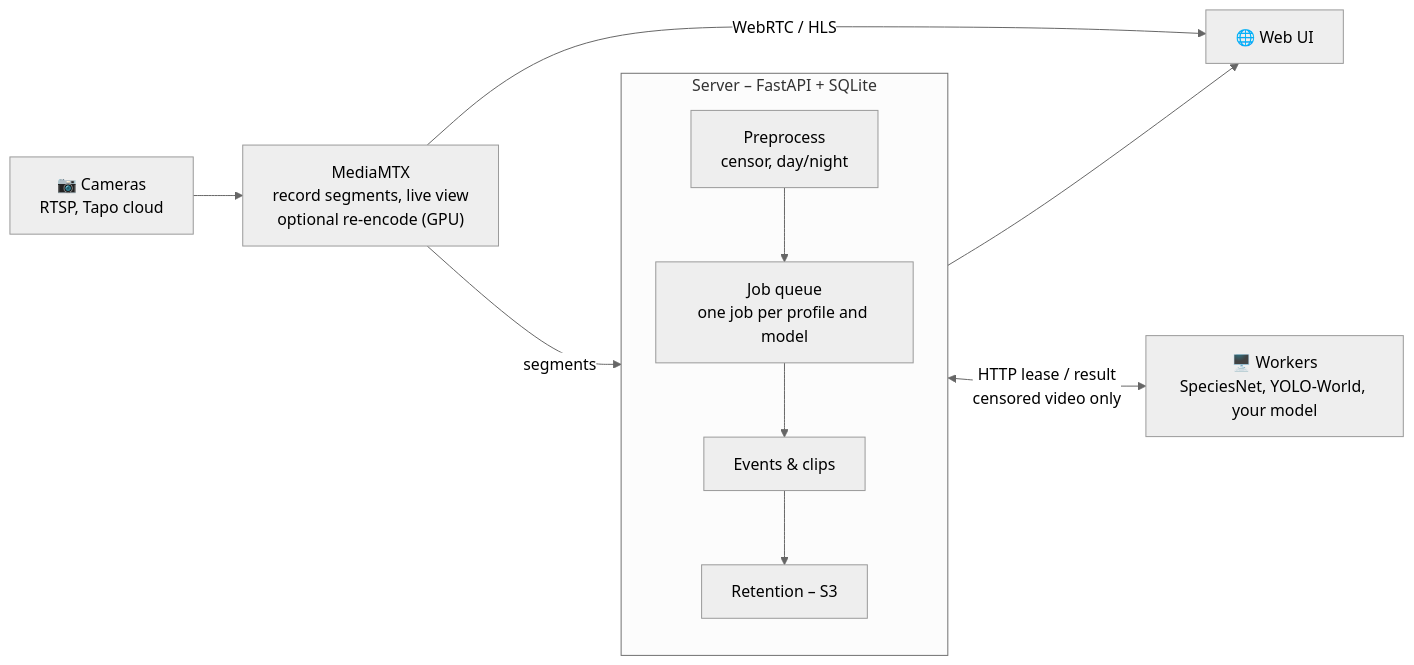
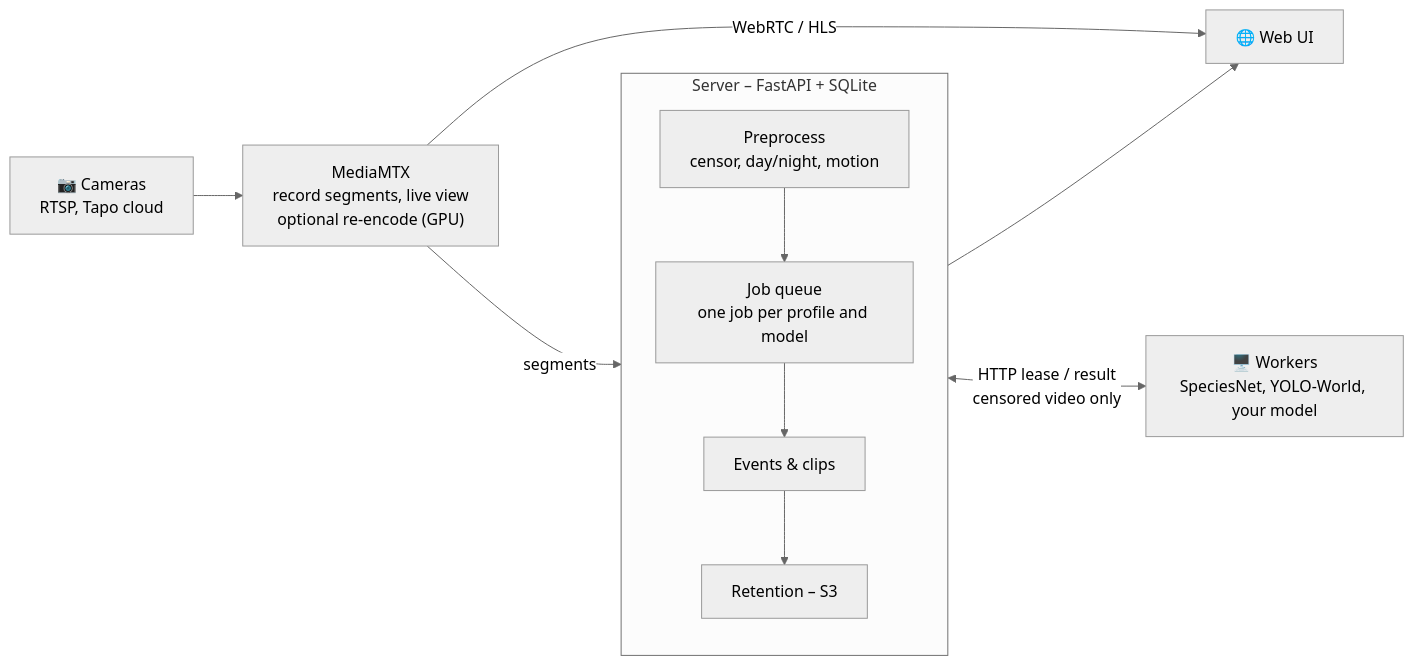
Before and after one commit to nikteg/foxcam: the diagram in README.md, drawn with Mermaid (neutral theme). The commit also changed other lines of this file and 18 other files, not shown here.

````diff
--- a/README.md
+++ b/README.md
@@ -133,13 +134,13 @@
 ```mermaid
 flowchart LR
   cams["📷 Cameras<br/>RTSP, Tapo cloud"] --> mtx["MediaMTX<br/>record segments, live view<br/>optional re-encode (GPU)"]
   mtx -->|segments| pre
   subgraph server ["Server – FastAPI + SQLite"]
     direction TB
-    pre["Preprocess<br/>censor, day/night"] --> q["Job queue<br/>one job per profile and model"]
+    pre["Preprocess<br/>censor, day/night, motion"] --> q["Job queue<br/>one job per profile and model"]
     q --> ev["Events & clips"] --> ret["Retention – S3"]
   end
   q <-->|"HTTP lease / result<br/>censored video only"| workers["🖥️ Workers<br/>SpeciesNet, YOLO-World, your model"]
   server --> ui["🌐 Web UI"]
   mtx -->|WebRTC / HLS| ui
 ```
````
